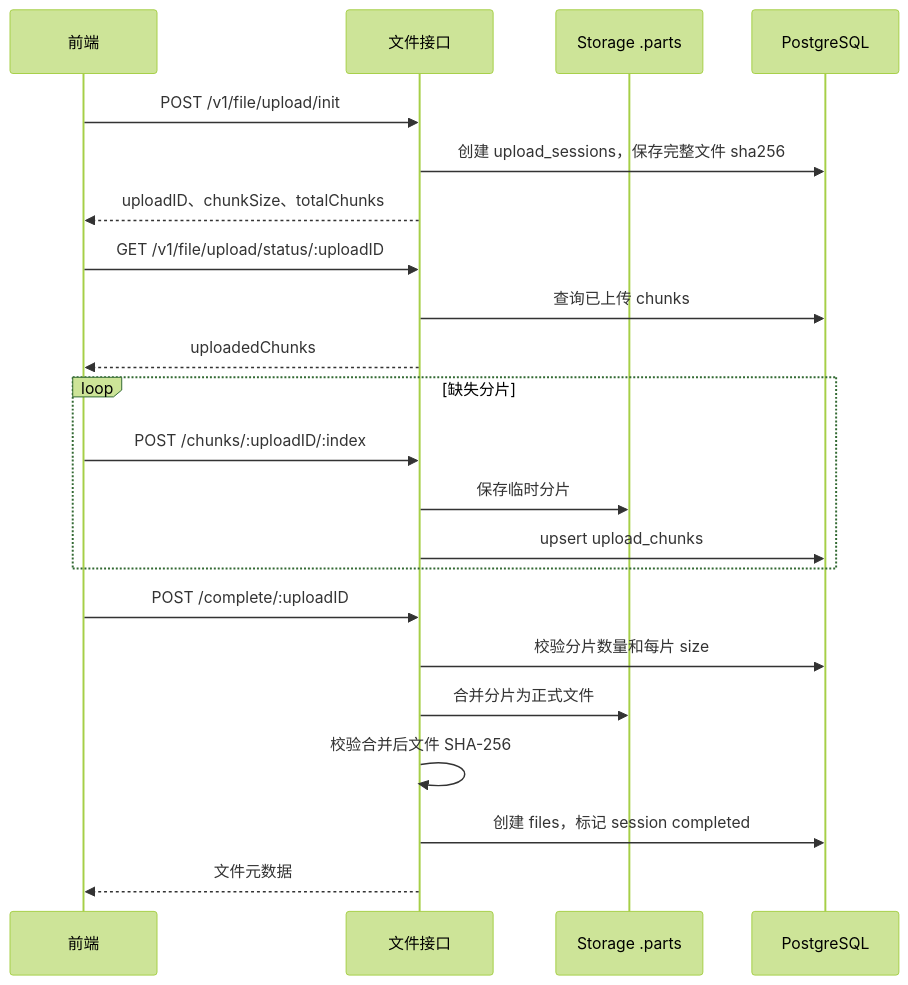
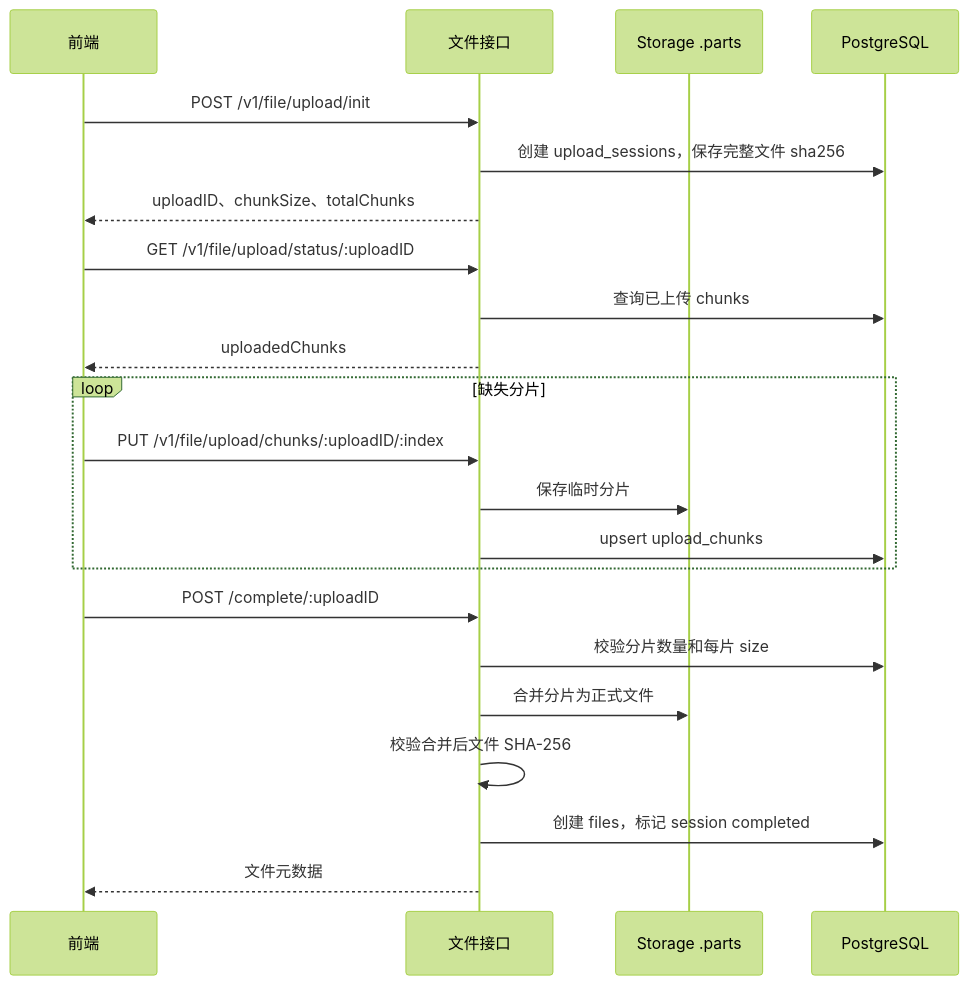
Before and after one commit to Wh1teCaat/go-chat: the third of 4 diagrams in README.md, drawn with Mermaid (forest theme). The commit also changed other lines of this file and 15 other files, not shown here.

````diff
--- a/README.md
+++ b/README.md
@@ -180,25 +206,25 @@
 ```mermaid
 sequenceDiagram
     participant C as 前端
     participant API as 文件接口
     participant FS as Storage .parts
     participant DB as PostgreSQL
 
     C->>API: POST /v1/file/upload/init
     API->>DB: 创建 upload_sessions，保存完整文件 sha256
     API-->>C: uploadID、chunkSize、totalChunks
     C->>API: GET /v1/file/upload/status/:uploadID
     API->>DB: 查询已上传 chunks
     API-->>C: uploadedChunks
     loop 缺失分片
-        C->>API: POST /chunks/:uploadID/:index
+        C->>API: PUT /v1/file/upload/chunks/:uploadID/:index
         API->>FS: 保存临时分片
         API->>DB: upsert upload_chunks
     end
     C->>API: POST /complete/:uploadID
     API->>DB: 校验分片数量和每片 size
     API->>FS: 合并分片为正式文件
     API->>API: 校验合并后文件 SHA-256
     API->>DB: 创建 files，标记 session completed
     API-->>C: 文件元数据
 ```
````
